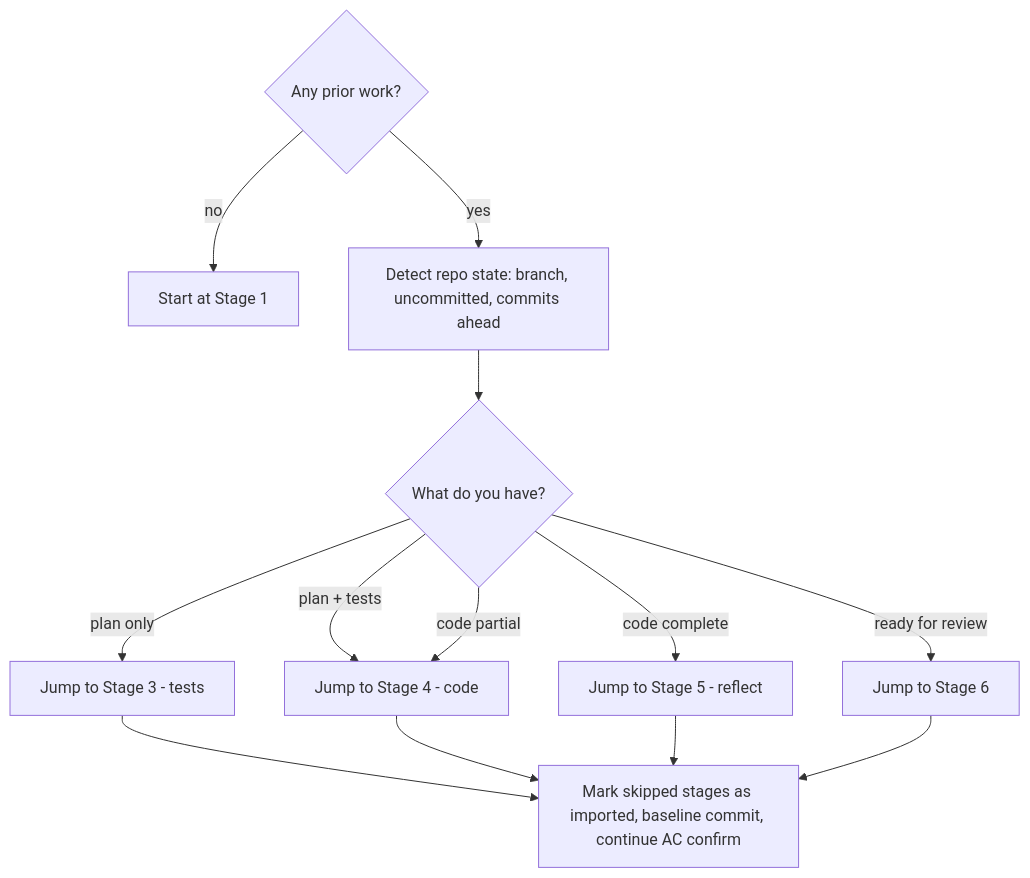
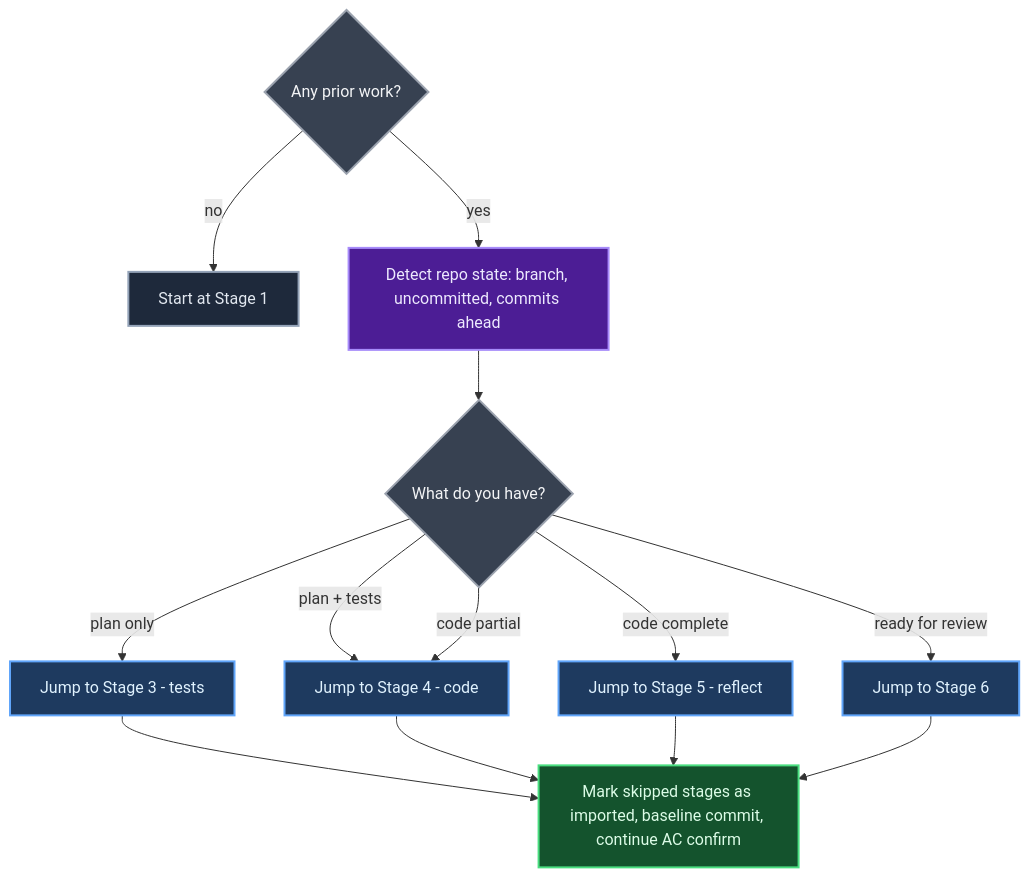
One commit to icarloscornejo/doer changed the third of 3 diagrams in README.md. Above: the diagram before and after it, drawn with Mermaid. The commit also changed other lines of this file, not shown here.

First line of the commit message:
docs(readme): dark-mode friendly colors for mermaid diagrams

````diff
--- a/README.md
+++ b/README.md
@@ -74,16 +74,22 @@
 ```mermaid
 flowchart TD
-    Q{Any prior work?} -- "no" --> S1[Start at Stage 1]
-    Q -- "yes" --> Detect[Detect repo state: branch, uncommitted, commits ahead]
-    Detect --> Decide{What do you have?}
-    Decide -- "plan only" --> J3[Jump to Stage 3 - tests]
-    Decide -- "plan + tests" --> J4[Jump to Stage 4 - code]
+    Q{Any prior work?}:::decision -- "no" --> S1[Start at Stage 1]:::normal
+    Q -- "yes" --> Detect[Detect repo state: branch, uncommitted, commits ahead]:::detect
+    Detect --> Decide{What do you have?}:::decision
+    Decide -- "plan only" --> J3[Jump to Stage 3 - tests]:::jump
+    Decide -- "plan + tests" --> J4[Jump to Stage 4 - code]:::jump
     Decide -- "code partial" --> J4
-    Decide -- "code complete" --> J5[Jump to Stage 5 - reflect]
-    Decide -- "ready for review" --> J6[Jump to Stage 6]
+    Decide -- "code complete" --> J5[Jump to Stage 5 - reflect]:::jump
+    Decide -- "ready for review" --> J6[Jump to Stage 6]:::jump
 
-    J3 --> Import[Mark skipped stages as imported, baseline commit, continue AC confirm]
+    J3 --> Import[Mark skipped stages as imported, baseline commit, continue AC confirm]:::import
     J4 --> Import
     J5 --> Import
     J6 --> Import
+
+    classDef decision fill:#374151,stroke:#9ca3af,stroke-width:2px,color:#f3f4f6
+    classDef normal fill:#1e293b,stroke:#94a3b8,stroke-width:2px,color:#e2e8f0
+    classDef detect fill:#4c1d95,stroke:#a78bfa,stroke-width:2px,color:#ede9fe
+    classDef jump fill:#1e3a5f,stroke:#60a5fa,stroke-width:2px,color:#e0f2fe
+    classDef import fill:#14532d,stroke:#4ade80,stroke-width:2px,color:#dcfce7
 ```
````
